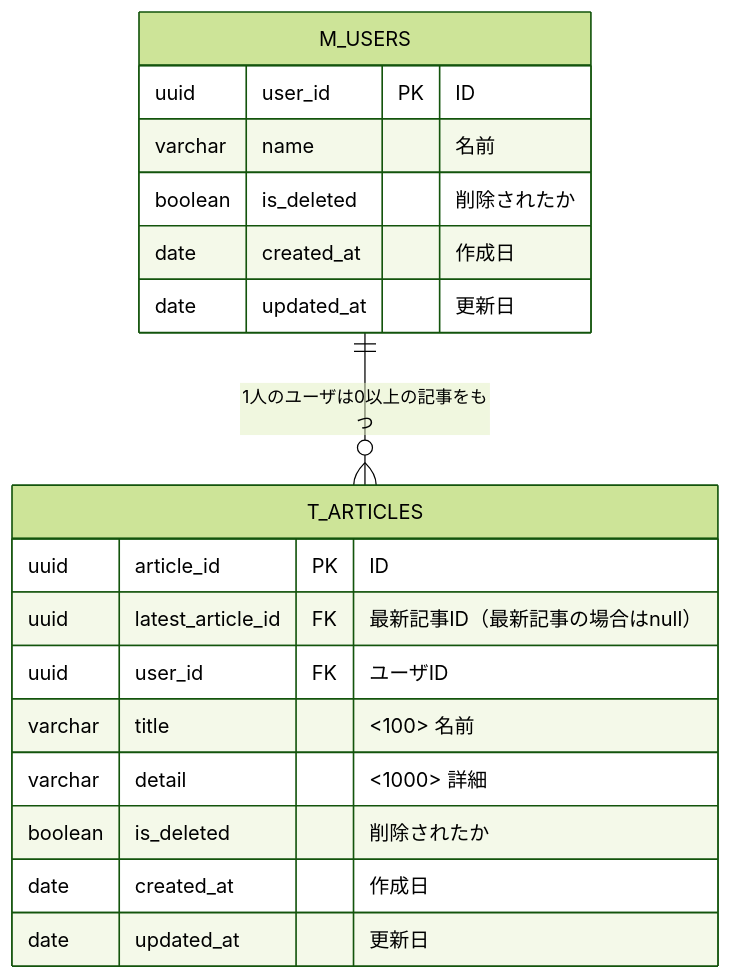
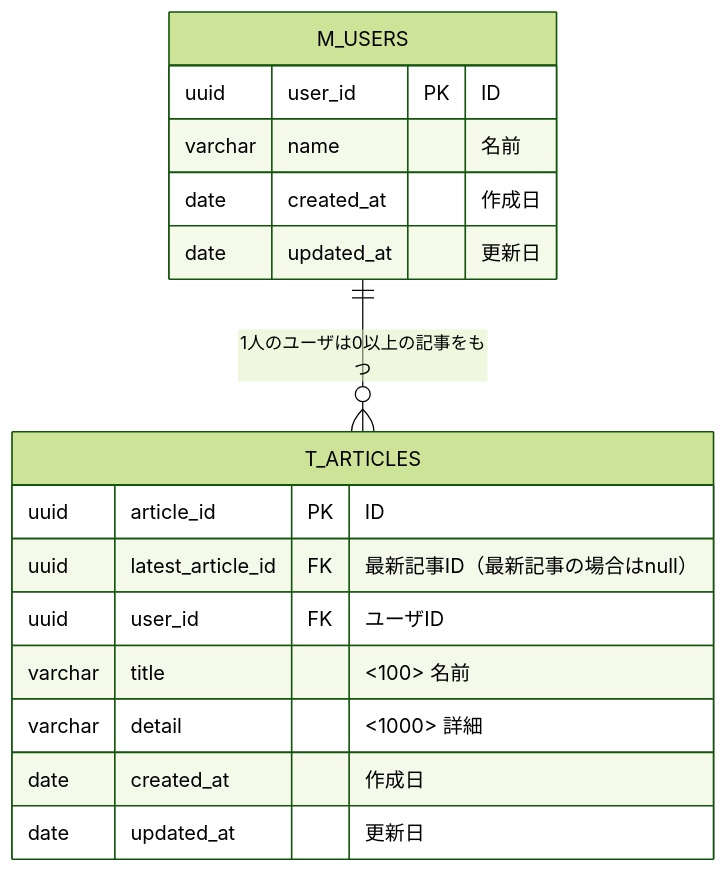
The diagram in F0yWy8HaLlWoST/01_データベース設計/05_DBモデリング5/kadai_02.md (praha-inc/praha-challenge-7), drawn with Mermaid (forest theme) before and after one commit. The commit also changed 5 other files, not shown here.

````diff
--- a/F0yWy8HaLlWoST/01_データベース設計/05_DBモデリング5/kadai_02.md
+++ b/F0yWy8HaLlWoST/01_データベース設計/05_DBモデリング5/kadai_02.md
@@ -3,24 +3,22 @@
 ```mermaid
 erDiagram
 
   M_USERS {
     uuid user_id PK "ID"
     varchar name "<Not null> 名前"
-    boolean is_deleted "<Not null> 削除されたか"
     date created_at "<Not null> 作成日"
     date updated_at "<Not null> 更新日"
   }
 
   T_ARTICLES {
     uuid article_id PK "ID"
     uuid latest_article_id FK "最新記事ID（最新記事の場合はnull）"
     uuid user_id FK "<Not null> ユーザID"
     varchar title "<Not null><100> 名前"
     varchar detail "<Not null><1000> 詳細"
-    boolean is_deleted "<Not null> 削除されたか"
     date created_at "<Not null> 作成日"
     date updated_at "<Not null> 更新日"
   }
 
   M_USERS ||--o{ T_ARTICLES: "1人のユーザは0以上の記事をもつ"
 ```
````
